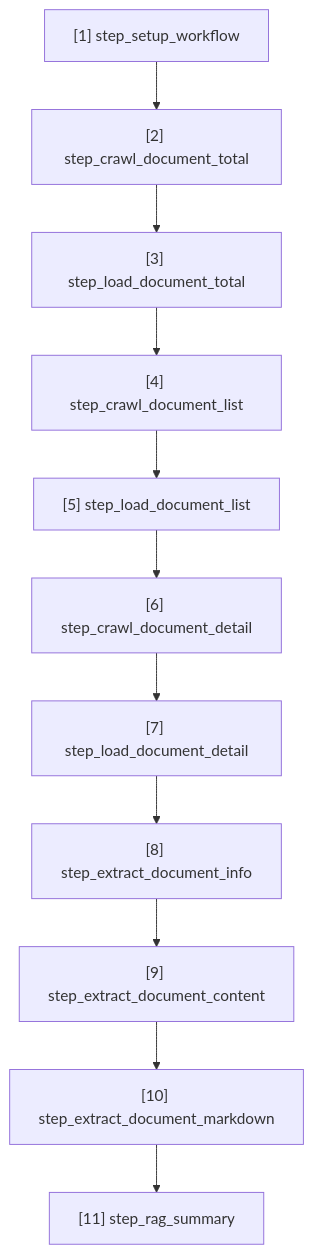
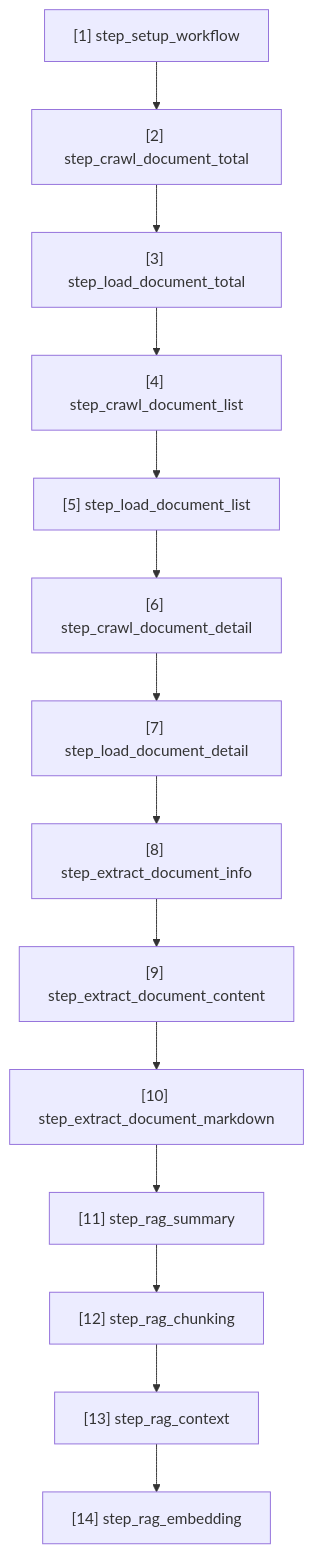
One commit to 20206205Tech/data-pipeline-vbpl changed the diagram in docs/workflow.md. Above: the diagram before and after it, drawn with Mermaid. The commit also changed 12 other files, not shown here.

````diff
--- a/docs/workflow.md
+++ b/docs/workflow.md
@@ -3,26 +3,32 @@
 ```mermaid
 flowchart TD
     N1["[1] step_setup_workflow"]
     N2["[2] step_crawl_document_total"]
     N3["[3] step_load_document_total"]
     N4["[4] step_crawl_document_list"]
     N5["[5] step_load_document_list"]
     N6["[6] step_crawl_document_detail"]
     N7["[7] step_load_document_detail"]
     N8["[8] step_extract_document_info"]
     N9["[9] step_extract_document_content"]
     N10["[10] step_extract_document_markdown"]
     N11["[11] step_rag_summary"]
+    N12["[12] step_rag_chunking"]
+    N13["[13] step_rag_context"]
+    N14["[14] step_rag_embedding"]
 
     %% Các liên kết
     N1 --> N2
     N2 --> N3
     N3 --> N4
     N4 --> N5
     N5 --> N6
     N6 --> N7
     N7 --> N8
     N8 --> N9
     N9 --> N10
     N10 --> N11
+    N11 --> N12
+    N12 --> N13
+    N13 --> N14
 ```
````
